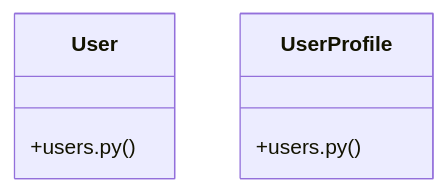
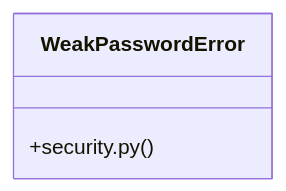
Before and after one commit to adjanayo/synca_conf_back: the diagram in graphify-out/wiki/[send_email()_&_make_ticket()]_Cluster.md, drawn with Mermaid. The commit also changed other lines of this file and 27 other files, not shown here.

Commit message:
chore: update graphify knowledge graph

````diff
--- a/graphify-out/wiki/[send_email()_&_make_ticket()]_Cluster.md
+++ b/graphify-out/wiki/[send_email()_&_make_ticket()]_Cluster.md
@@ -36,9 +32,6 @@
 ```mermaid
 classDiagram
-    class User {
-        +users.py()
-    }
-    class UserProfile {
-        +users.py()
+    class WeakPasswordError {
+        +security.py()
     }
 ```
````
